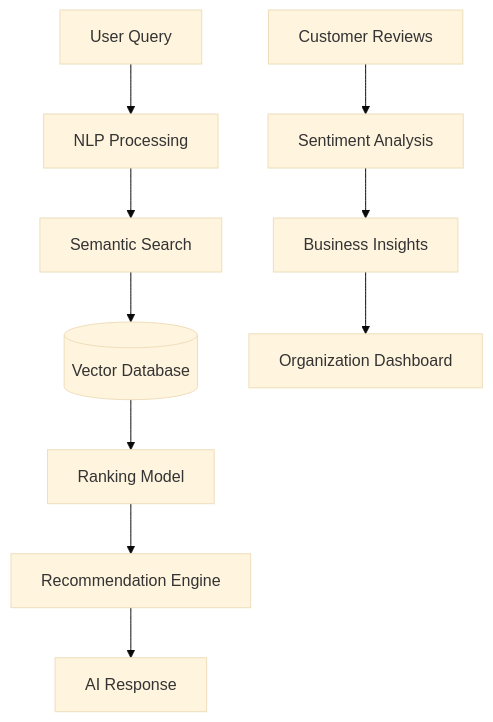
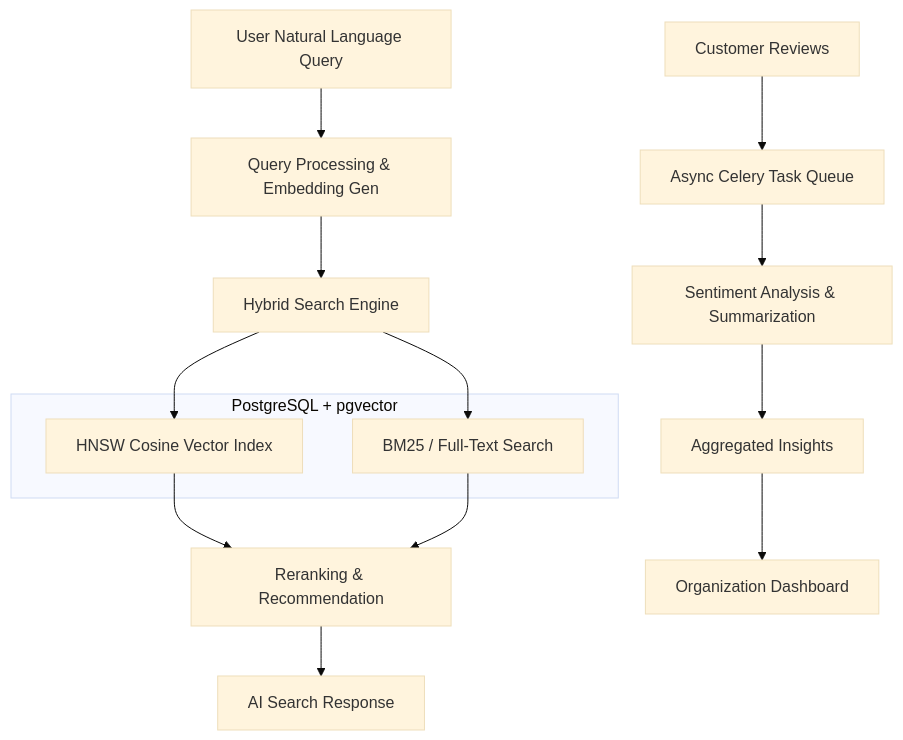
The first of 2 diagrams in docs/10_AI_Roadmap.md (injifannoo/service-intelligence-platform), drawn with Mermaid (base theme) before and after one commit. The commit also changed other lines of this file and 76 other files, not shown here.

````diff
--- a/docs/10_AI_Roadmap.md
+++ b/docs/10_AI_Roadmap.md
@@ -52,27 +52,23 @@
 ```mermaid
 flowchart TD
+    User[User Natural Language Query] --> NLP[Query Processing & Embedding Gen]
+    NLP --> HybridSearch[Hybrid Search Engine]
 
-User[User Query]
+    subgraph VectorDB[PostgreSQL + pgvector]
+        Dense[HNSW Cosine Vector Index]
+        Sparse[BM25 / Full-Text Search]
+    end
 
-User --> NLP[NLP Processing]
+    HybridSearch --> Dense
+    HybridSearch --> Sparse
 
-NLP --> Search[Semantic Search]
+    Dense --> Rerank[Reranking & Recommendation]
+    Sparse --> Rerank
+    Rerank --> Response[AI Search Response]
 
-Search --> VectorDB[(Vector Database)]
-
-VectorDB --> Ranking[Ranking Model]
-
-Ranking --> Recommendation[Recommendation Engine]
-
-Recommendation --> Response[AI Response]
-
-
-Reviews[Customer Reviews]
-
-Reviews --> Sentiment[Sentiment Analysis]
-
-Sentiment --> Insight[Business Insights]
-
-Insight --> Dashboard[Organization Dashboard]
+    Reviews[Customer Reviews] --> Celery[Async Celery Task Queue]
+    Celery --> Sentiment[Sentiment Analysis & Summarization]
+    Sentiment --> Insight[Aggregated Insights]
+    Insight --> Dashboard[Organization Dashboard]
 
 ```
````
